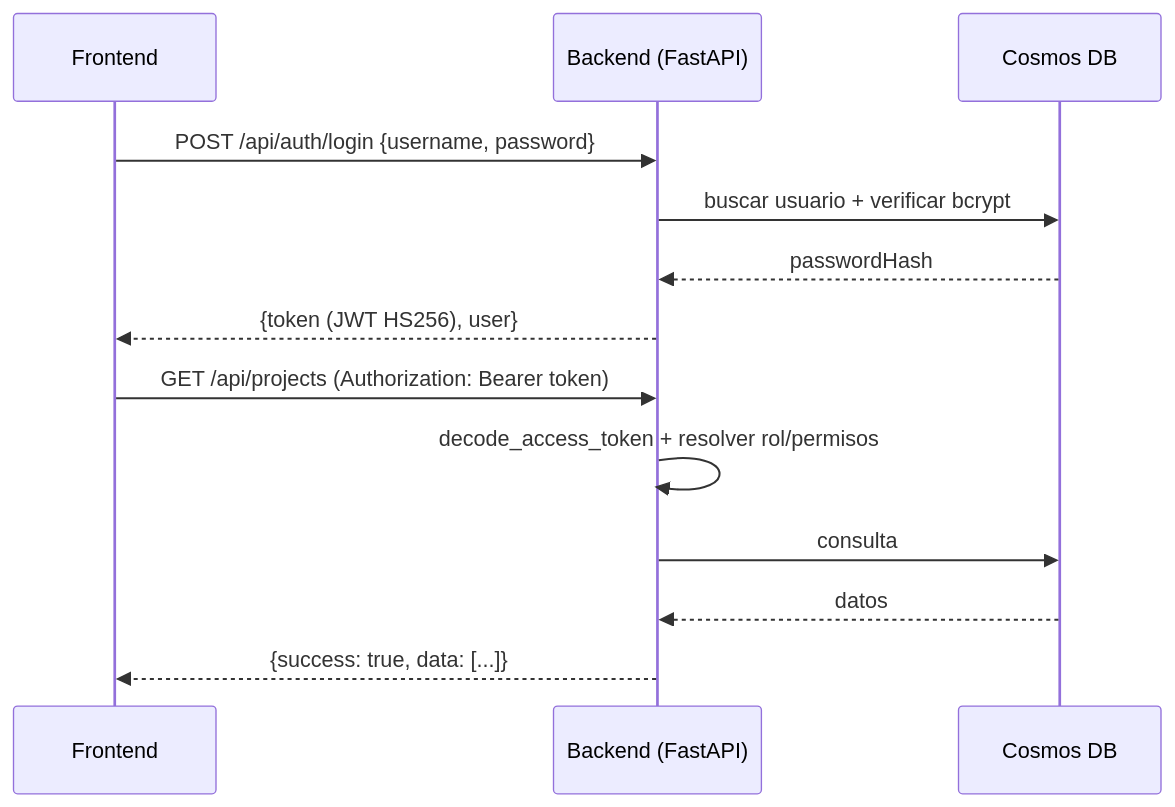
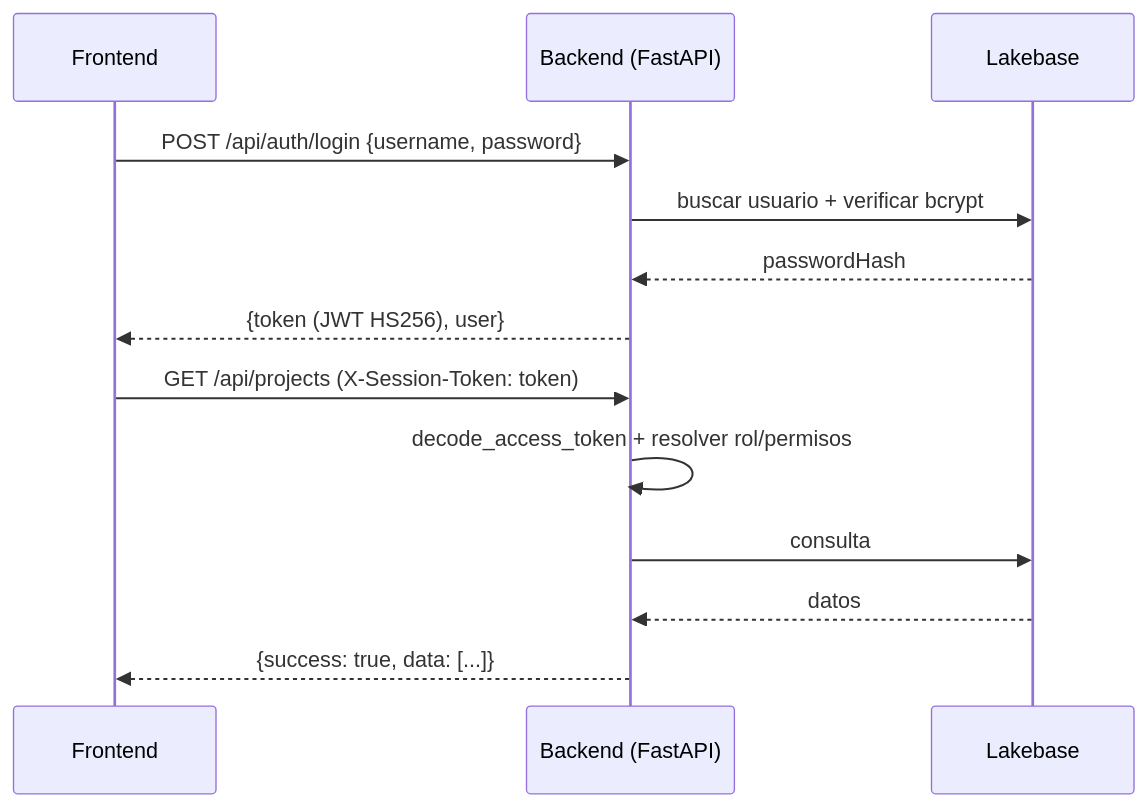
The fourth of 4 diagrams in README.md (Carlosmps97/backend-data-model-hub), drawn with Mermaid before and after one commit. The commit also changed other lines of this file and 48 other files, not shown here.

````diff
--- a/README.md
+++ b/README.md
@@ -159,15 +168,15 @@
 ```mermaid
 sequenceDiagram
     participant FE as Frontend
     participant API as Backend (FastAPI)
-    participant DB as Cosmos DB
+    participant DB as Lakebase
     FE->>API: POST /api/auth/login {username, password}
     API->>DB: buscar usuario + verificar bcrypt
     DB-->>API: passwordHash
     API-->>FE: {token (JWT HS256), user}
-    FE->>API: GET /api/projects (Authorization: Bearer token)
+    FE->>API: GET /api/projects (X-Session-Token: token)
     API->>API: decode_access_token + resolver rol/permisos
     API->>DB: consulta
     DB-->>API: datos
     API-->>FE: {success: true, data: [...]}
 ```
````
